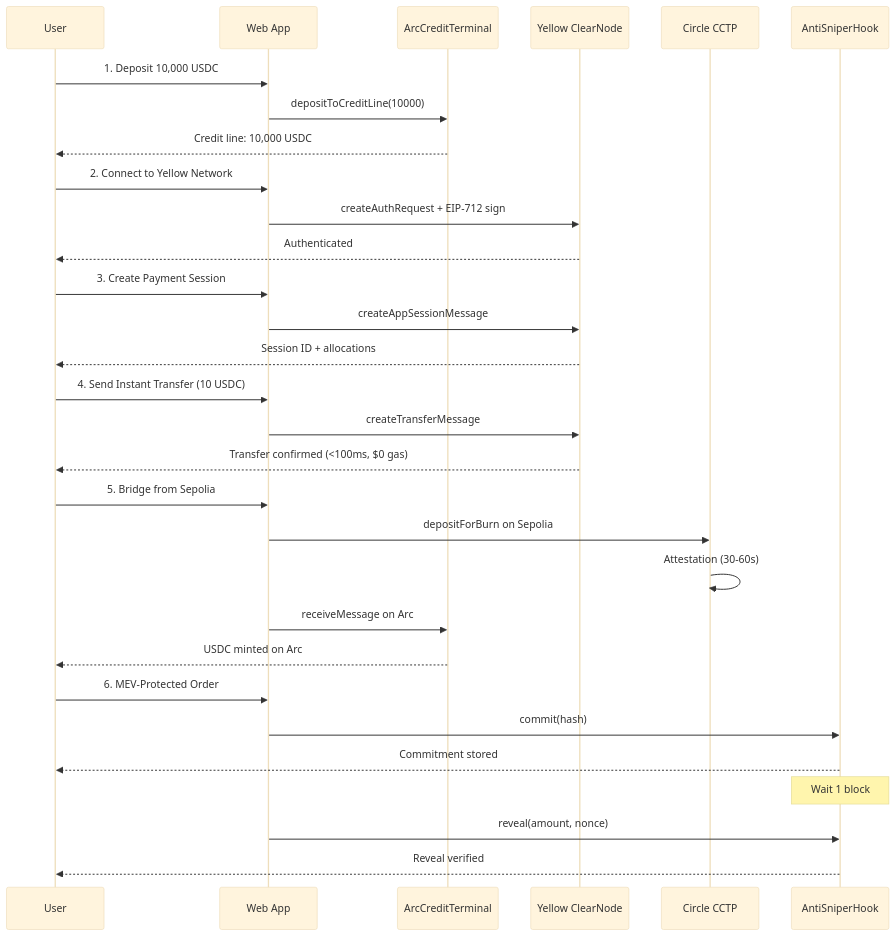
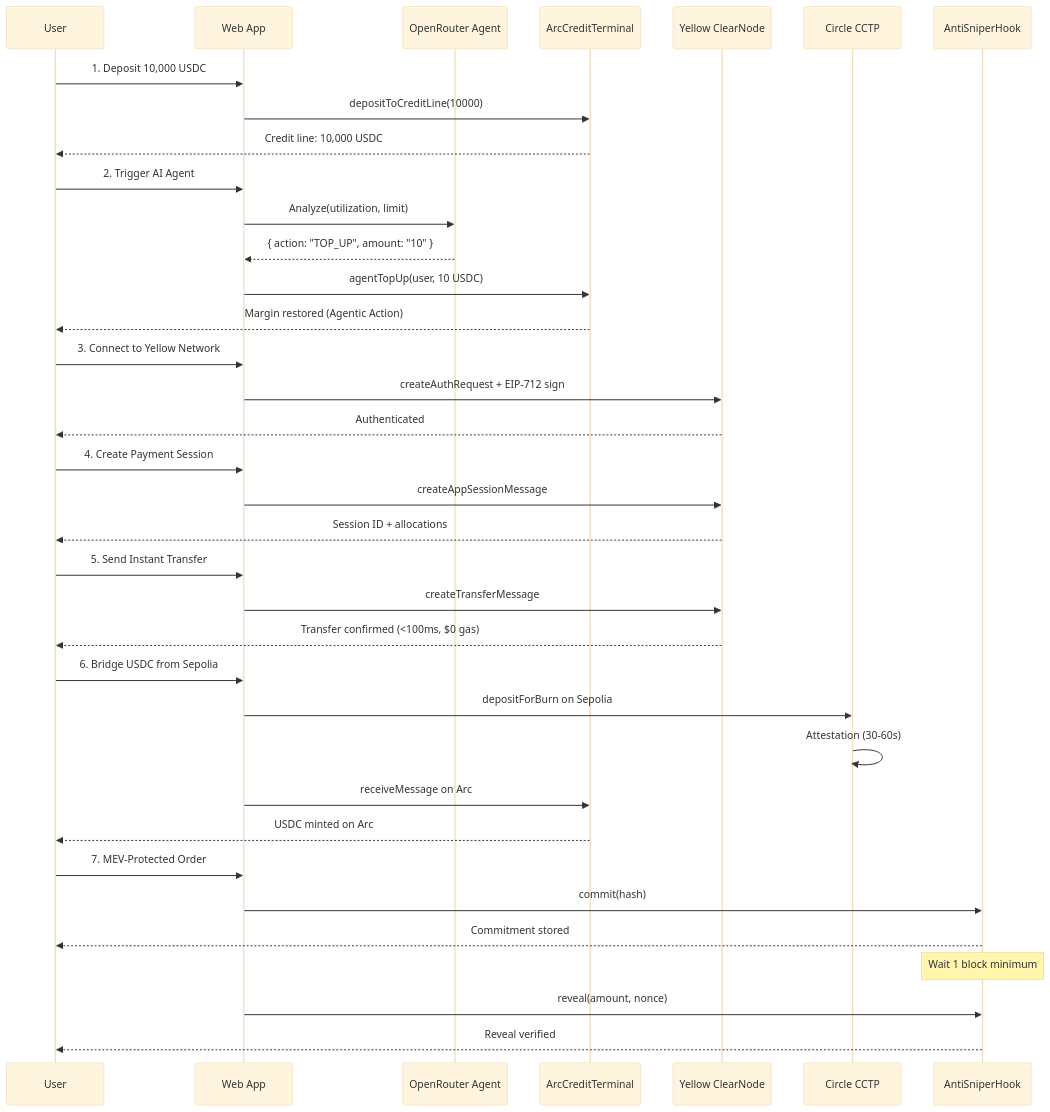
Before and after one commit to N-45div/HackMoney2026: the third of 7 diagrams in README.md, drawn with Mermaid (base theme). The commit also changed other lines of this file and 2 other files, not shown here.

Commit message:
docs: update README and ARCHITECTURE with LLM agent flow and OpenRouter integration
- Add LLM Agent to system architecture and sequence diagrams
- Update transaction flow with AI agent step (step 2)
- Add MEV swap execution step (PoolManager.swap) to flow
- Update data flow, tech stack mindmap, and deployment architecture
- Replace backend services with Next.js API route + OpenRouter
- Add /api/agent API reference with request/response examples
- Update .env.example with OPENROUTER_API_KEY
- Update Quick Start with env setup instructions

````diff
--- a/README.md
+++ b/README.md
@@ -81,36 +82,45 @@
 ```mermaid
 sequenceDiagram
     participant User
     participant UI as Web App
+    participant LLM as OpenRouter Agent
     participant ACT as ArcCreditTerminal
     participant YN as Yellow ClearNode
     participant CCTP as Circle CCTP
     participant Hook as AntiSniperHook
 
     User->>UI: 1. Deposit 10,000 USDC
     UI->>ACT: depositToCreditLine(10000)
     ACT-->>User: Credit line: 10,000 USDC
     
-    User->>UI: 2. Connect to Yellow Network
+    User->>UI: 2. Trigger AI Agent
+    UI->>LLM: Analyze(utilization, limit)
+    LLM-->>UI: { action: "TOP_UP", amount: "10" }
+    UI->>ACT: agentTopUp(user, 10 USDC)
+    ACT-->>User: Margin restored (Agentic Action) 
+    
+    User->>UI: 3. Connect to Yellow Network
     UI->>YN: createAuthRequest + EIP-712 sign
     YN-->>User: Authenticated 
-    User->>UI: 3. Create Payment Session
+    
+    User->>UI: 4. Create Payment Session
     UI->>YN: createAppSessionMessage
     YN-->>User: Session ID + allocations
     
-    User->>UI: 4. Send Instant Transfer (10 USDC)
+    User->>UI: 5. Send Instant Transfer
     UI->>YN: createTransferMessage
     YN-->>User: Transfer confirmed (<100ms, $0 gas)
     
-    User->>UI: 5. Bridge from Sepolia
+    User->>UI: 6. Bridge USDC from Sepolia
     UI->>CCTP: depositForBurn on Sepolia
     CCTP->>CCTP: Attestation (30-60s)
     UI->>ACT: receiveMessage on Arc
     ACT-->>User: USDC minted on Arc 
-    User->>UI: 6. MEV-Protected Order
+    
+    User->>UI: 7. MEV-Protected Order
     UI->>Hook: commit(hash)
-    Hook-->>User: Commitment stored
-    Note over Hook: Wait 1 block
+    Hook-->>User: Commitment stored 
+    Note over Hook: Wait 1 block minimum
     UI->>Hook: reveal(amount, nonce)
     Hook-->>User: Reveal verified 
 ```
````
